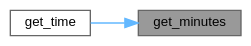
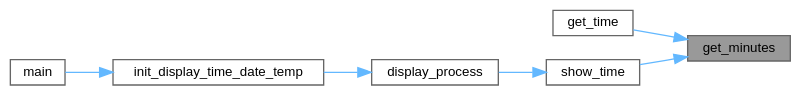
Before and after one commit to Ghaadyy/elevator-controller: the diagram in dev/ds1307_8h_a186119669a4f58641ff4fbb96c90c580_icgraph.dot, drawn with Graphviz. The commit also changed 80 other files, not shown here.

```diff
--- a/dev/ds1307_8h_a186119669a4f58641ff4fbb96c90c580_icgraph.dot
+++ b/dev/ds1307_8h_a186119669a4f58641ff4fbb96c90c580_icgraph.dot
@@ -1,11 +1,19 @@
 digraph "get_minutes"
 {
  // LATEX_PDF_SIZE
   bgcolor="transparent";
   edge [fontname=Helvetica,fontsize=10,labelfontname=Helvetica,labelfontsize=10];
   node [fontname=Helvetica,fontsize=10,shape=box,height=0.2,width=0.4];
   rankdir="RL";
   Node1 [id="Node000001",label="get_minutes",height=0.2,width=0.4,color="gray40", fillcolor="grey60", style="filled", fontcolor="black",tooltip="Get the minutes in BCD format."];
   Node1 -> Node2 [id="edge1_Node000001_Node000002",dir="back",color="steelblue1",style="solid",tooltip=" "];
   Node2 [id="Node000002",label="get_time",height=0.2,width=0.4,color="grey40", fillcolor="white", style="filled",URL="$ds1307_8c.html#a3d717c640092e205d8e191fddaa2f160",tooltip="Get the time in BCD format."];
+  Node1 -> Node3 [id="edge2_Node000001_Node000003",dir="back",color="steelblue1",style="solid",tooltip=" "];
+  Node3 [id="Node000003",label="show_time",height=0.2,width=0.4,color="grey40", fillcolor="white", style="filled",URL="$display__time__date__temp_8c.html#a60628b78e24af29bb233c390d51385ce",tooltip="Display the current time in (HH:MM) format."];
+  Node3 -> Node4 [id="edge3_Node000003_Node000004",dir="back",color="steelblue1",style="solid",tooltip=" "];
+  Node4 [id="Node000004",label="display_process",height=0.2,width=0.4,color="grey40", fillcolor="white", style="filled",URL="$display__time__date__temp_8c.html#a623676cea54e765bc09b0150f9f11ee3",tooltip="Task that cycles through and displays time, date, and temperature."];
+  Node4 -> Node5 [id="edge4_Node000004_Node000005",dir="back",color="steelblue1",style="solid",tooltip=" "];
+  Node5 [id="Node000005",label="init_display_time_date_temp",height=0.2,width=0.4,color="grey40", fillcolor="white", style="filled",URL="$display__time__date__temp_8c.html#a08d88c70d567692f6f4900a3842eda5a",tooltip="Initialize and start the task."];
+  Node5 -> Node6 [id="edge5_Node000005_Node000006",dir="back",color="steelblue1",style="solid",tooltip=" "];
+  Node6 [id="Node000006",label="main",height=0.2,width=0.4,color="grey40", fillcolor="white", style="filled",URL="$main_8c.html#acdef7a1fd863a6d3770c1268cb06add3",tooltip=" "];
 }
```
